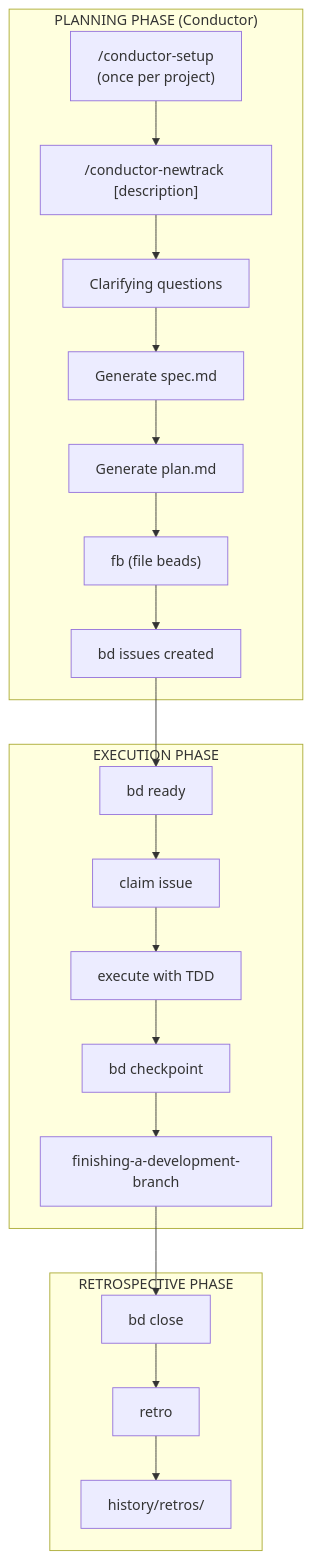
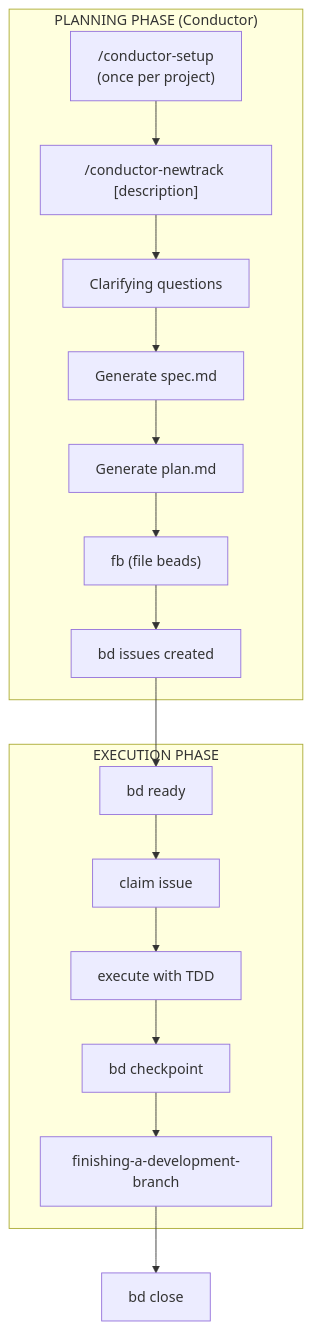
Before and after one commit to ReinaMacCredy/maestro: the diagram in README.md, drawn with Mermaid. The commit also changed other lines of this file and 10 other files, not shown here.

Commit message:
refactor: remove retro and spike workflows, updating conductor and tutorial documentation to reflect verification phase.

````diff
--- a/README.md
+++ b/README.md
@@ -212,44 +211,35 @@
 ```mermaid
 flowchart TD
     subgraph PLANNING["PLANNING PHASE (Conductor)"]
         setup["/conductor-setup<br/>(once per project)"]
         newtrack["/conductor-newtrack [description]"]
         questions["Clarifying questions"]
         spec["Generate spec.md"]
         plan["Generate plan.md"]
         filebeads["fb (file beads)"]
         issues["bd issues created"]
         
         setup --> newtrack
         newtrack --> questions
         questions --> spec
         spec --> plan
         plan --> filebeads
         filebeads --> issues
     end
     
     subgraph EXECUTION["EXECUTION PHASE"]
         ready["bd ready"]
         claim["claim issue"]
         tdd["execute with TDD"]
         checkpoint["bd checkpoint"]
         finish["finishing-a-development-branch"]
         
         ready --> claim
         claim --> tdd
         tdd --> checkpoint
         checkpoint --> finish
     end
     
-    subgraph RETROSPECTIVE["RETROSPECTIVE PHASE"]
-        close["bd close"]
-        retro["retro"]
-        history["history/retros/"]
-        
-        close --> retro
-        retro --> history
-    end
-    
     issues --> ready
-    finish --> close
+    finish --> close["bd close"]
 ```
````
